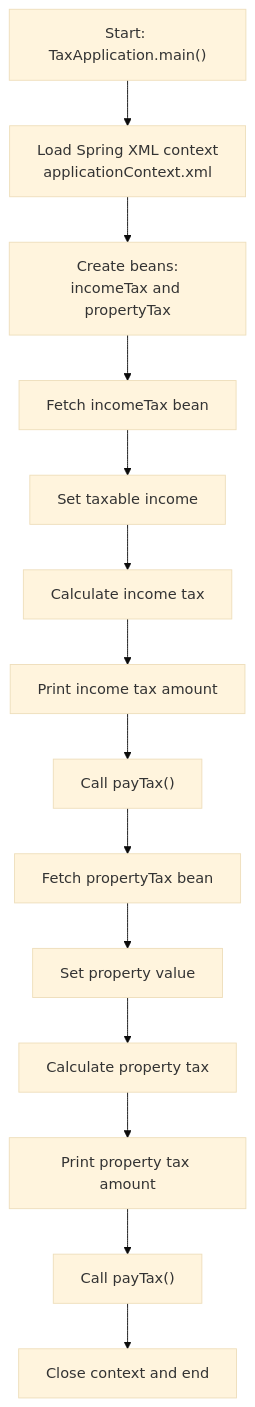
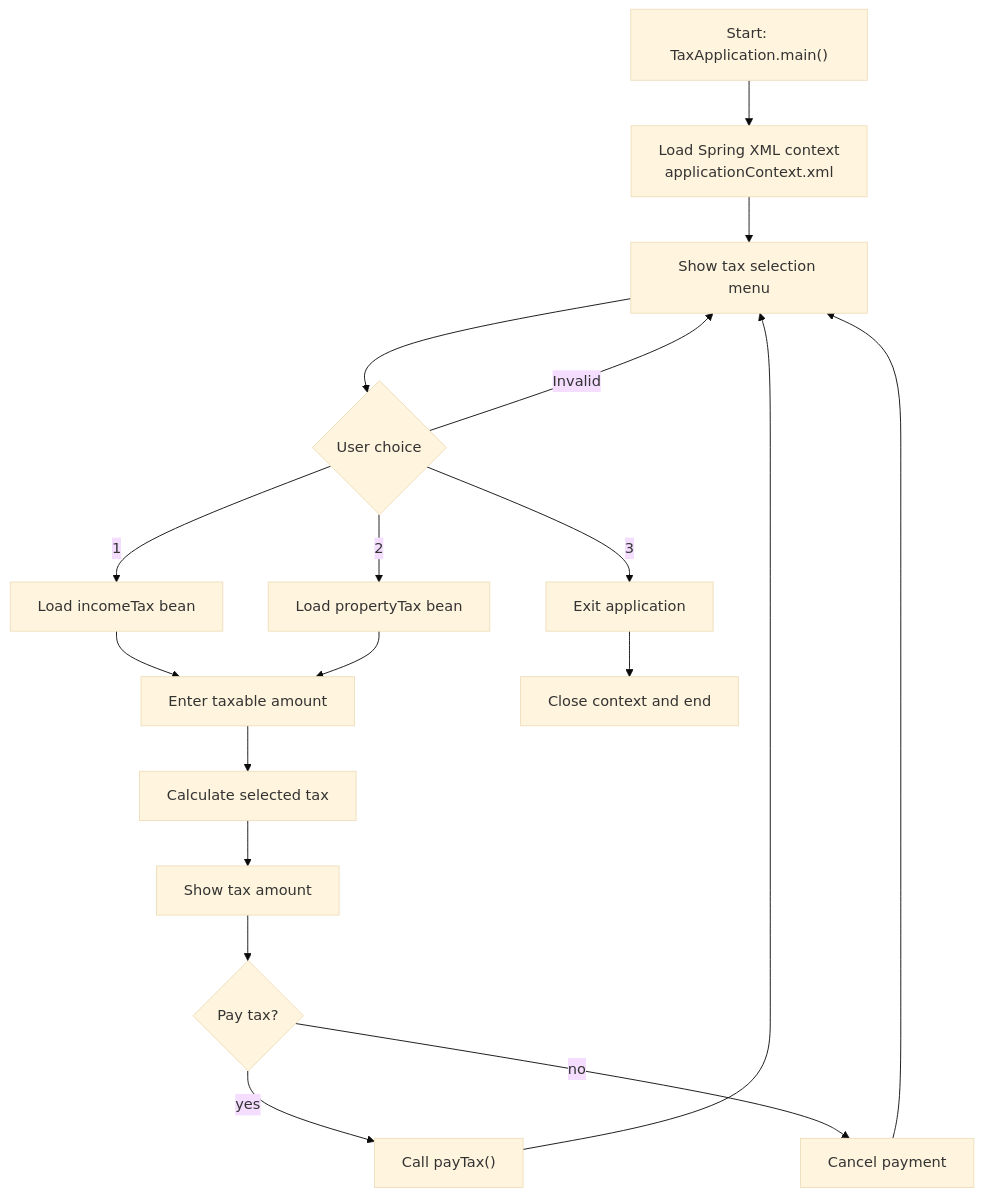
Before and after one commit to bipin-verma/spring-tax-calculator: the diagram in README.md, drawn with Mermaid (base theme). The commit also changed other lines of this file and 3 other files, not shown here.

````diff
--- a/README.md
+++ b/README.md
@@ -39,16 +40,20 @@
 ```mermaid
 flowchart TD
     A["Start: TaxApplication.main()"] --> B["Load Spring XML context<br/>applicationContext.xml"]
-    B --> C["Create beans:<br/>incomeTax and propertyTax"]
-    C --> D["Fetch incomeTax bean"]
-    D --> E["Set taxable income"]
-    E --> F["Calculate income tax"]
-    F --> G["Print income tax amount"]
-    G --> H["Call payTax()"]
-    H --> I["Fetch propertyTax bean"]
-    I --> J["Set property value"]
-    J --> K["Calculate property tax"]
-    K --> L["Print property tax amount"]
-    L --> M["Call payTax()"]
+    B --> C["Show tax selection menu"]
+    C --> D{"User choice"}
+    D -->|"1"| E["Load incomeTax bean"]
+    D -->|"2"| F["Load propertyTax bean"]
+    D -->|"3"| M["Exit application"]
+    D -->|"Invalid"| C
+    E --> G["Enter taxable amount"]
+    F --> G
+    G --> H["Calculate selected tax"]
+    H --> I["Show tax amount"]
+    I --> J{"Pay tax?"}
+    J -->|"yes"| K["Call payTax()"]
+    J -->|"no"| L["Cancel payment"]
+    K --> C
+    L --> C
     M --> N["Close context and end"]
 ```
````
